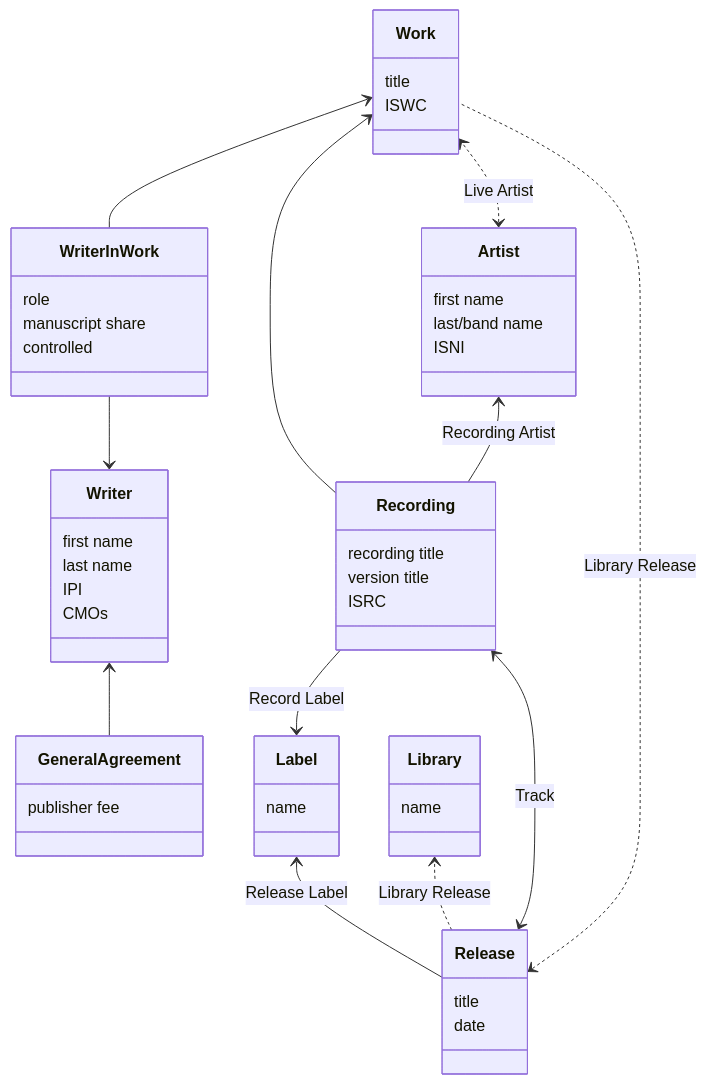
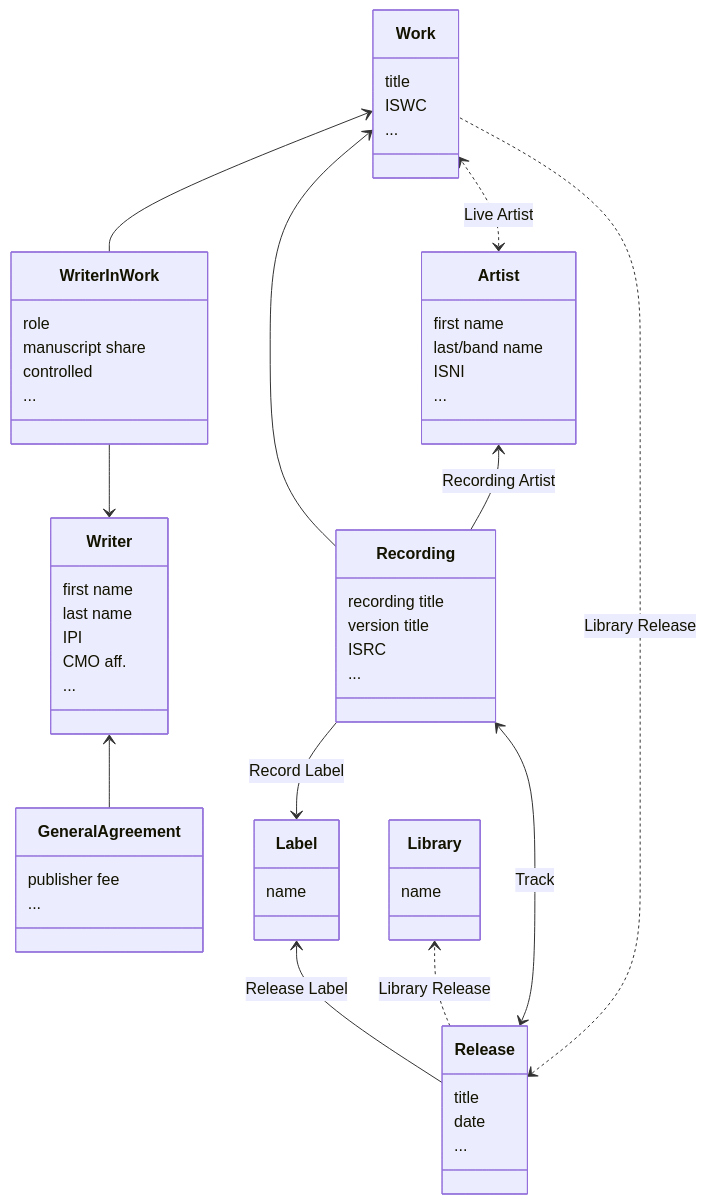
One commit to matijakolaric-com/django-music-publisher changed the first of 3 diagrams in docs/introduction.rst. Above: the diagram before and after it, drawn with Mermaid. The commit also changed other lines of this file and 1 other file, not shown here.

Commit message:
Documentation improvements

```diff
--- a/docs/introduction.rst
+++ b/docs/introduction.rst
@@ -15,54 +15,61 @@
 .. mermaid::
     :caption: Simplified Class Diagram
     
     classDiagram
         direction BT
         class Writer {
             first name
             last name
             IPI
-            CMOs
+            CMO aff.
+            ...
         }
         class Work {
             title
             ISWC
+            ...
         }
         class Recording {
             recording title
             version title
             ISRC
+            ...
         }
         class Artist {
             first name
             last/band name
             ISNI
+            ...
         }
         class GeneralAgreement {
             publisher fee
+            ...
         }
         class WriterInWork {
             role
             manuscript share
             controlled
+            ...
         }
         class Release {
-             title
-             date
+            title
+            date
+            ...
         }
         class Label {
             name
         }
         class Library {
             name
         }
         GeneralAgreement --> Writer
         Writer <-- WriterInWork
         WriterInWork --> Work
         Label <-- Recording : Record Label
         Recording --> Work
         Recording --> Artist: Recording Artist
         Artist <..> Work : Live Artist
         Release <.. Work : Library Release
         Release <--> Recording : Track
         Release ..> Library : Library Release
         Release --> Label : Release Label
```
